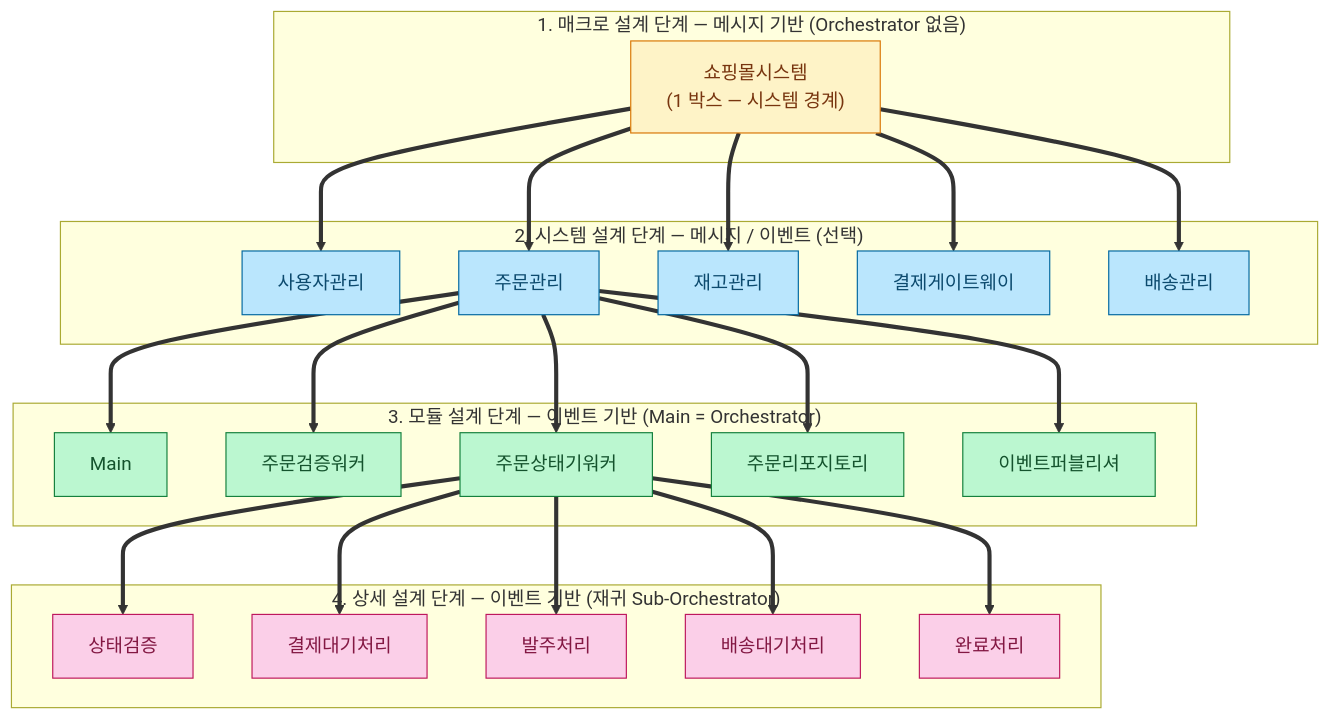
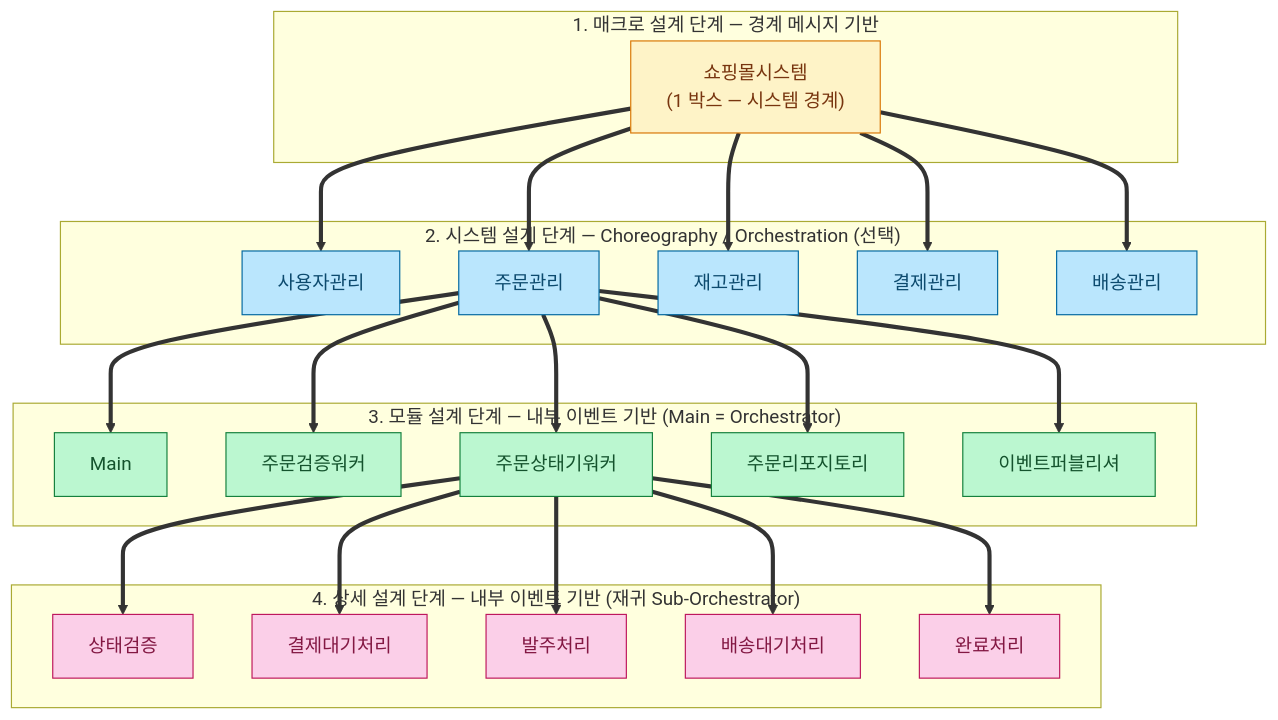
One commit to ryujt/project-guides changed the first of 2 diagrams in method-R.md. Above: the diagram before and after it, drawn with Mermaid. The commit also changed other lines of this file, not shown here.

````diff
--- a/method-R.md
+++ b/method-R.md
@@ -3,39 +3,39 @@
 ```mermaid
 flowchart TB
     classDef macro fill:#fef3c7,stroke:#d97706,color:#78350f
     classDef system fill:#bae6fd,stroke:#0369a1,color:#0c4a6e
     classDef module fill:#bbf7d0,stroke:#15803d,color:#14532d
     classDef detail fill:#fbcfe8,stroke:#be185d,color:#831843
 
-    subgraph SG1["1. 매크로 설계 단계 — 메시지 기반 (Orchestrator 없음)"]
+    subgraph SG1["1. 매크로 설계 단계 — 경계 메시지 기반"]
         L1["쇼핑몰시스템<br/>(1 박스 — 시스템 경계)"]:::macro
     end
 
-    subgraph SG2["2. 시스템 설계 단계 — 메시지 / 이벤트 (선택)"]
+    subgraph SG2["2. 시스템 설계 단계 — Choreography / Orchestration (선택)"]
         L2A[사용자관리]:::system
         L2B["주문관리"]:::system
         L2C[재고관리]:::system
-        L2D[결제게이트웨이]:::system
+        L2D[결제관리]:::system
         L2E[배송관리]:::system
     end
 
-    subgraph SG3["3. 모듈 설계 단계 — 이벤트 기반 (Main = Orchestrator)"]
+    subgraph SG3["3. 모듈 설계 단계 — 내부 이벤트 기반 (Main = Orchestrator)"]
         L3A["Main"]:::module
         L3B[주문검증워커]:::module
         L3C["주문상태기워커"]:::module
         L3D[주문리포지토리]:::module
         L3E[이벤트퍼블리셔]:::module
     end
 
-    subgraph SG4["4. 상세 설계 단계 — 이벤트 기반 (재귀 Sub-Orchestrator)"]
+    subgraph SG4["4. 상세 설계 단계 — 내부 이벤트 기반 (재귀 Sub-Orchestrator)"]
         L4A[상태검증]:::detail
         L4B[결제대기처리]:::detail
         L4C[발주처리]:::detail
         L4D[배송대기처리]:::detail
         L4E[완료처리]:::detail
     end
 
     L1 ==> L2A & L2B & L2C & L2D & L2E
     L2B ==> L3A & L3B & L3C & L3D & L3E
     L3C ==> L4A & L4B & L4C & L4D & L4E
 ```
````
